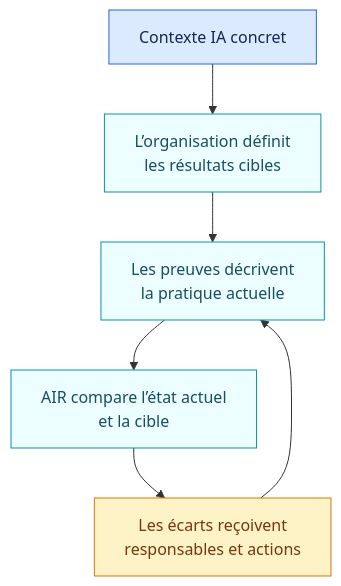
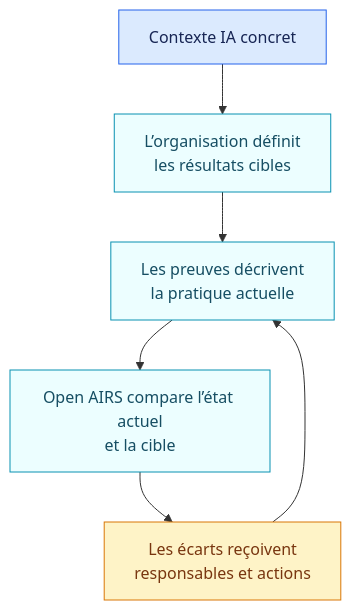
Before and after one commit to NickChaps/Open-AIRS: the second of 2 diagrams in packs/nist-ai-rmf/1.0.0/README.fr.md, drawn with Mermaid. The commit also changed other lines of this file and 101 other files, not shown here.

Commit message:
chore: rename project to Open AIRS

````diff
--- a/packs/nist-ai-rmf/1.0.0/README.fr.md
+++ b/packs/nist-ai-rmf/1.0.0/README.fr.md
@@ -64,15 +64,15 @@
 ```mermaid
 flowchart TB
     C["Contexte IA concret"] --> T["L’organisation définit<br/>les résultats cibles"]
     T --> E["Les preuves décrivent<br/>la pratique actuelle"]
-    E --> P["AIR compare l’état actuel<br/>et la cible"]
+    E --> P["Open AIRS compare l’état actuel<br/>et la cible"]
     P --> G["Les écarts reçoivent<br/>responsables et actions"]
     G --> E
 
     classDef context fill:#dbeafe,stroke:#2563eb,color:#172554
     classDef work fill:#ecfeff,stroke:#0891b2,color:#164e63
     classDef result fill:#fef3c7,stroke:#d97706,color:#78350f
     class C context
     class T,E,P work
     class G result
 ```
````
